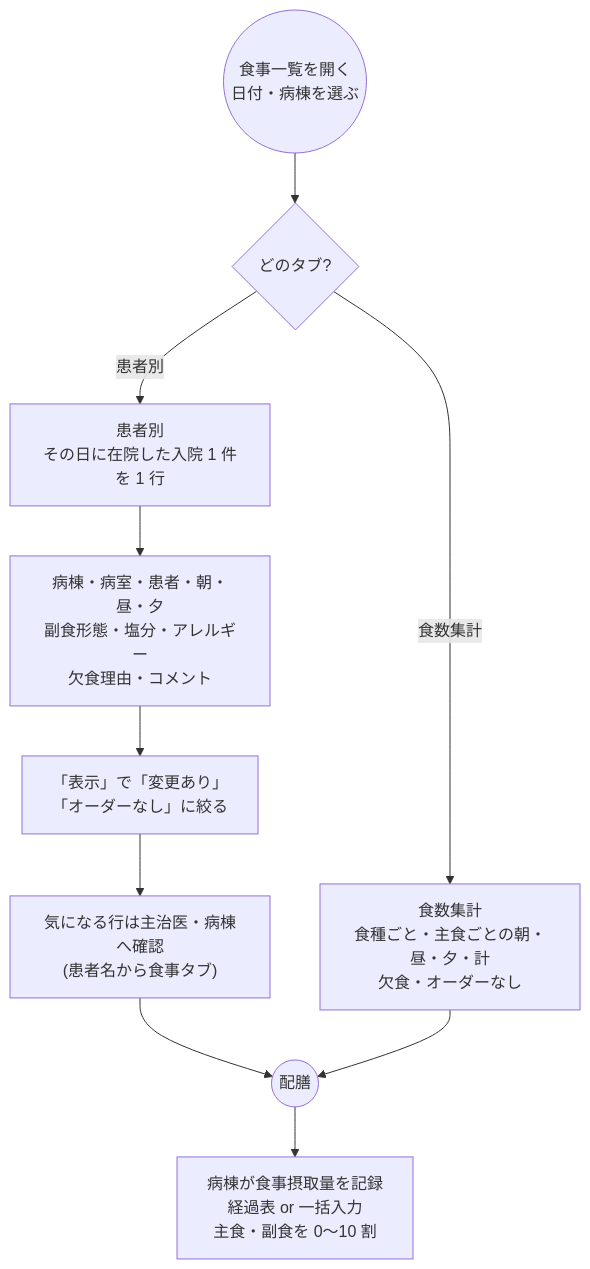
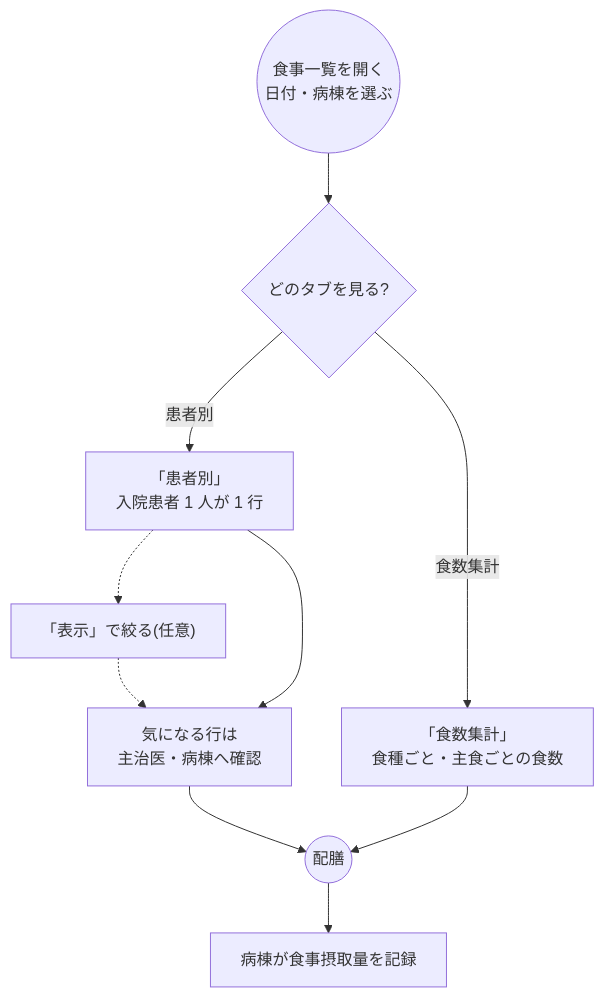
The eighth of 8 diagrams in docs/flows/meal.md (ysnr-dev/fhir-client-docs), drawn with Mermaid before and after one commit. The commit also changed other lines of this file and 43 other files, not shown here.

Commit message:
docs: 業務フローとシーケンス図を写し直し

````diff
--- a/docs/flows/meal.md
+++ b/docs/flows/meal.md
@@ -268,18 +337,18 @@
 ```mermaid
 flowchart TD
   open(("食事一覧を開く<br/>日付・病棟を選ぶ"))
-  tab{"どのタブ?"}
-  byPatient["患者別<br/>その日に在院した入院 1 件を 1 行"]
-  cols["病棟・病室・患者・朝・昼・夕<br/>副食形態・塩分・アレルギー<br/>欠食理由・コメント"]
-  filter["「表示」で「変更あり」<br/>「オーダーなし」に絞る"]
-  count["食数集計<br/>食種ごと・主食ごとの朝・昼・夕・計<br/>欠食・オーダーなし"]
-  ask["気になる行は主治医・病棟へ確認<br/>(患者名から食事タブ)"]
+  tab{"どのタブを見る?"}
+  byPatient["「患者別」<br/>入院患者 1 人が 1 行"]
+  filter["「表示」で絞る(任意)"]
+  ask["気になる行は<br/>主治医・病棟へ確認"]
+  count["「食数集計」<br/>食種ごと・主食ごとの食数"]
   serve(("配膳"))
-  intake["病棟が食事摂取量を記録<br/>経過表 or 一括入力<br/>主食・副食を 0〜10 割"]
+  intake["病棟が食事摂取量を記録"]
 
   open --> tab
-  tab -- "患者別" --> byPatient --> cols --> filter --> ask
+  tab -- "患者別" --> byPatient -.-> filter -.-> ask
+  byPatient --> ask
   tab -- "食数集計" --> count
   ask --> serve
   count --> serve --> intake
 ```
````
